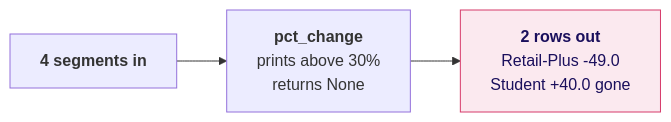
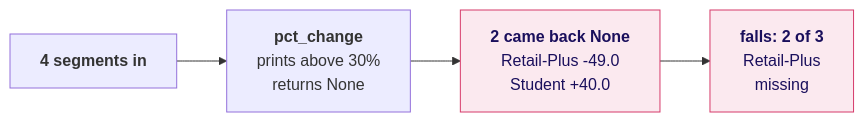
Before and after one commit to fde-academy-lab/c2-content-factory: the third of 10 diagrams in content/W01/D2/slides/C2_W01_D02_half2_STUDENT.md, drawn with Mermaid. The commit also changed other lines of this file and 9 other files, not shown here.

````diff
--- a/content/W01/D2/slides/C2_W01_D02_half2_STUDENT.md
+++ b/content/W01/D2/slides/C2_W01_D02_half2_STUDENT.md
@@ -140,7 +140,8 @@
 ```mermaid
 flowchart LR
     I["<b>4 segments in</b>"] --> H["<b>pct_change</b><br/>prints above 30%<br/>returns None"]
-    H --> O["<b>2 rows out</b><br/>Retail-Plus -49.0<br/>Student +40.0 gone"]
+    H --> O["<b>2 came back None</b><br/>Retail-Plus -49.0<br/>Student +40.0"]
+    O --> F["<b>falls: 2 of 3</b><br/>Retail-Plus<br/>missing"]
     classDef bad fill:#FBE9EF,stroke:#D63A6A,color:#1A0F5C
-    class O bad
+    class O,F bad
 ```
````
